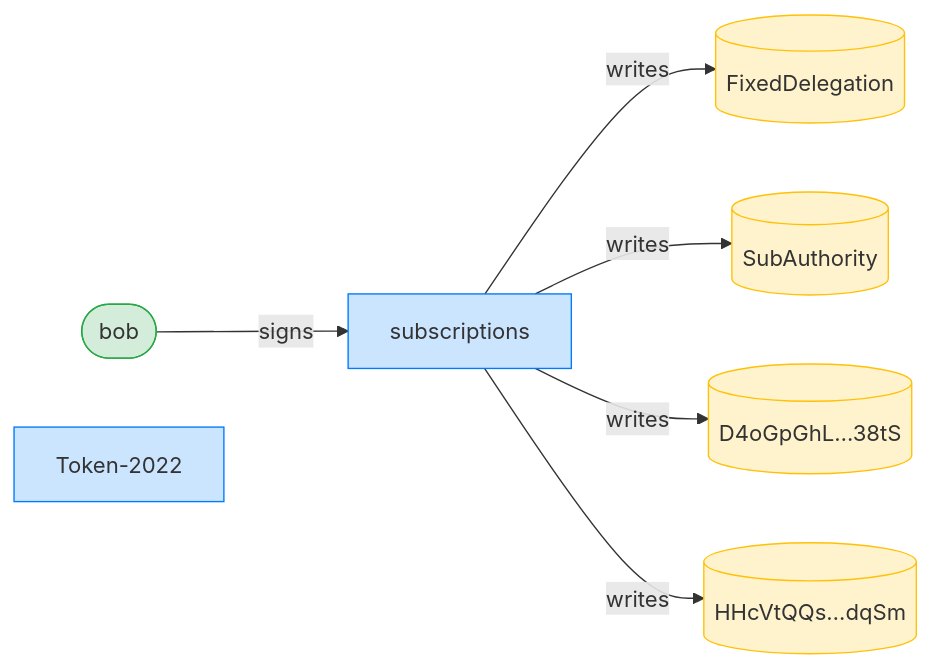
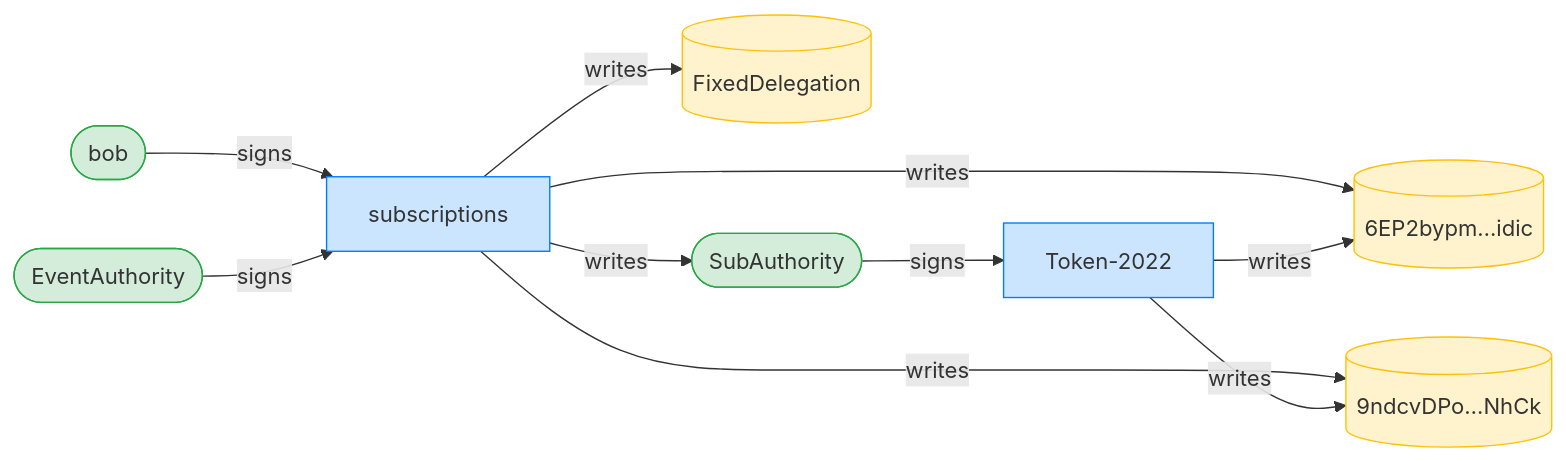
One commit to cds-rs/subscriptions changed diagram 11 of 12 in dsl_tests/fixed-transfer-over-a-token-2022-transfer-fee-mint.md. Above: the diagram before and after it, drawn with Mermaid. The commit also changed other lines of this file and 224 other files, not shown here.

````diff
--- a/dsl_tests/fixed-transfer-over-a-token-2022-transfer-fee-mint.md
+++ b/dsl_tests/fixed-transfer-over-a-token-2022-transfer-fee-mint.md
@@ -209,18 +218,23 @@
 ```mermaid
 flowchart LR
     classDef signer fill:#d4edda,stroke:#28a745;
     classDef program fill:#cce5ff,stroke:#007bff;
     classDef writable fill:#fff3cd,stroke:#ffc107;
     subscriptions[subscriptions]:::program
     FixedDelegation[(FixedDelegation)]:::writable
-    SubAuthority[(SubAuthority)]:::writable
-    D4oGpGhL_38tS[("D4oGpGhL…38tS")]:::writable
-    HHcVtQQs_dqSm[("HHcVtQQs…dqSm")]:::writable
+    SubAuthority([SubAuthority]):::signer
+    6EP2bypm_idic[("6EP2bypm…idic")]:::writable
+    9ndcvDPo_NhCk[("9ndcvDPo…NhCk")]:::writable
     bob([bob]):::signer
     Token_2022["Token-2022"]:::program
+    EventAuthority([EventAuthority]):::signer
     bob -->|signs| subscriptions
+    SubAuthority -->|signs| Token_2022
+    EventAuthority -->|signs| subscriptions
     subscriptions -->|writes| FixedDelegation
     subscriptions -->|writes| SubAuthority
-    subscriptions -->|writes| D4oGpGhL_38tS
-    subscriptions -->|writes| HHcVtQQs_dqSm
+    subscriptions -->|writes| 6EP2bypm_idic
+    subscriptions -->|writes| 9ndcvDPo_NhCk
+    Token_2022 -->|writes| 6EP2bypm_idic
+    Token_2022 -->|writes| 9ndcvDPo_NhCk
 ```
````
